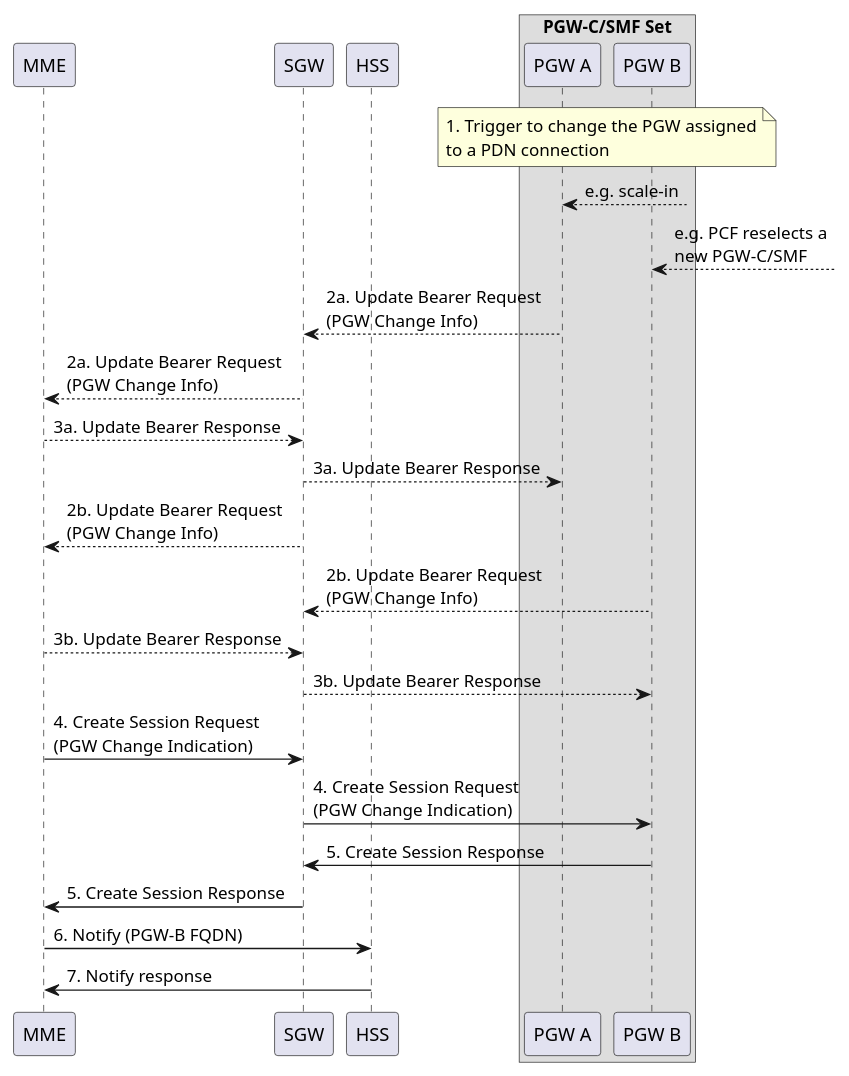
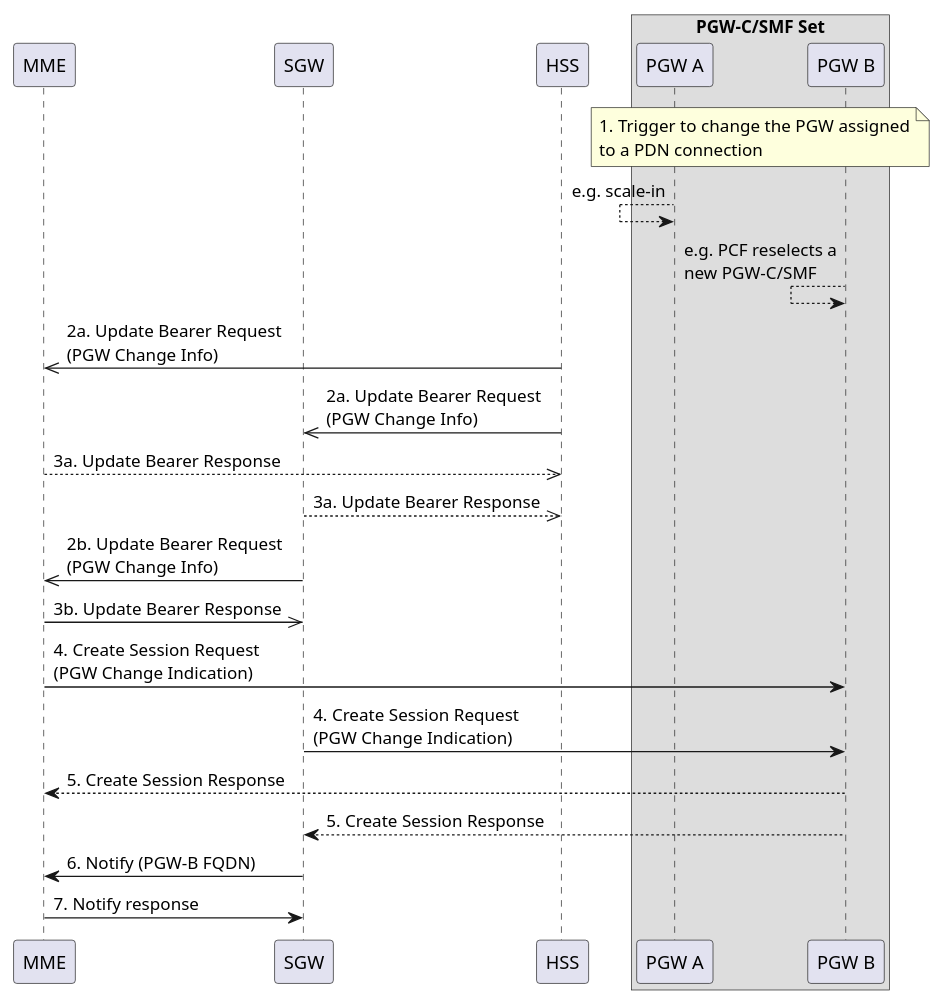
One commit to Rutuja1099/Check changed the diagram in diag1.puml. Above: the diagram before and after it, drawn with PlantUML.

```diff
--- a/diag1.puml
+++ b/diag1.puml
@@ -1,36 +1,34 @@
 @startuml
 participant MME
 participant SGW
 participant HSS
 box "PGW-C/SMF Set"
     participant "PGW A" as PGWA
     participant "PGW B" as PGWB
 end box
 
 note over PGWA, PGWB
 1. Trigger to change the PGW assigned
 to a PDN connection
 end note
 
-PGWA<--?: e.g. scale-in
-PGWB <--?: e.g. PCF reselects a\nnew PGW-C/SMF
+PGWA <-- PGWA: e.g. scale-in
+PGWB <-- PGWB: e.g. PCF reselects a\nnew PGW-C/SMF
 
-PGWA --> SGW: 2a. Update Bearer Request\n(PGW Change Info)
-SGW --> MME: 2a. Update Bearer Request\n(PGW Change Info)
-MME --> SGW: 3a. Update Bearer Response
-SGW --> PGWA: 3a. Update Bearer Response
+HSS ->> MME: 2a. Update Bearer Request\n(PGW Change Info)
+HSS ->> SGW: 2a. Update Bearer Request\n(PGW Change Info)
+MME -->> HSS: 3a. Update Bearer Response
+SGW -->> HSS: 3a. Update Bearer Response
 
-MME <-- SGW: 2b. Update Bearer Request\n(PGW Change Info)
-SGW <-- PGWB: 2b. Update Bearer Request\n(PGW Change Info)
-MME --> SGW: 3b. Update Bearer Response
-SGW --> PGWB: 3b. Update Bearer Response
+MME <<- SGW: 2b. Update Bearer Request\n(PGW Change Info)
+MME ->> SGW: 3b. Update Bearer Response
 
-MME -> SGW: 4. Create Session Request\n(PGW Change Indication)
+MME -> PGWB: 4. Create Session Request\n(PGW Change Indication)
 SGW -> PGWB: 4. Create Session Request\n(PGW Change Indication)
-PGWB -> SGW: 5. Create Session Response
-SGW -> MME: 5. Create Session Response
+PGWB --> MME: 5. Create Session Response
+PGWB --> SGW: 5. Create Session Response
 
-MME -> HSS: 6. Notify (PGW-B FQDN)
-MME <- HSS: 7. Notify response
+MME <- SGW: 6. Notify (PGW-B FQDN)
+MME -> SGW: 7. Notify response
 
 @enduml
```
